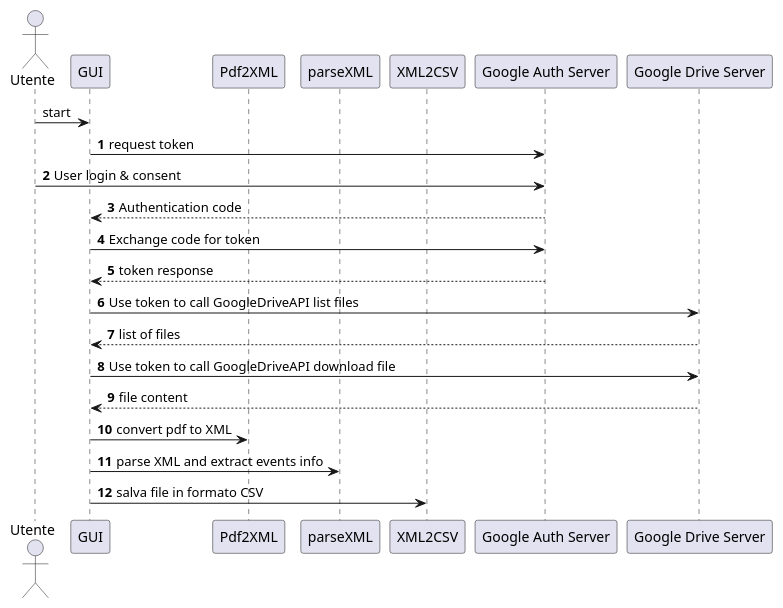
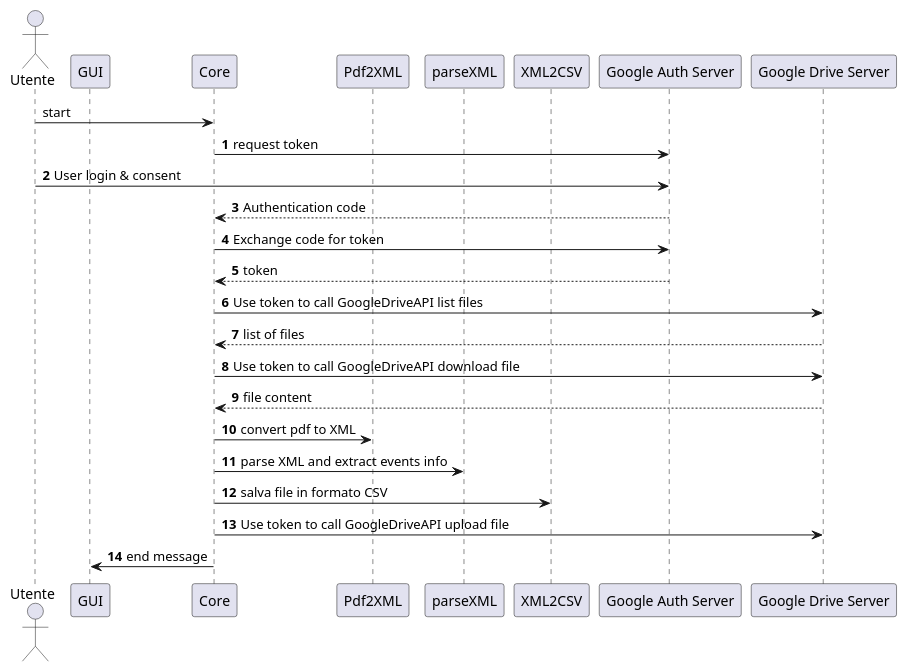
The diagram in NBGoogleDrive/src/nbgoogledrive/GoogleDrive.puml (giodabg/GoogleDriveDowload), drawn with PlantUML before and after one commit.

Commit message:
Aggiornato UML

```diff
--- a/NBGoogleDrive/src/nbgoogledrive/GoogleDrive.puml
+++ b/NBGoogleDrive/src/nbgoogledrive/GoogleDrive.puml
@@ -1,28 +1,30 @@
 @startuml
 ' https://developers.google.com/identity/protocols/OAuth2
 actor Utente
 participant GUI
+participant Core
 participant Pdf2XML
 participant parseXML
 participant XML2CSV
 participant "Google Auth Server" as GoogleAuth
 participant "Google Drive Server" as GoogleDrive
 
 
-Utente -> GUI: start
+Utente -> Core: start
 autonumber
-GUI -> GoogleAuth: request token
+Core -> GoogleAuth: request token
 Utente -> GoogleAuth: User login & consent
-GoogleAuth --> GUI: Authentication code
-GUI -> GoogleAuth: Exchange code for token
-GoogleAuth --> GUI: token response
-GUI -> GoogleDrive: Use token to call GoogleDriveAPI list files
-GoogleDrive --> GUI: list of files
-GUI -> GoogleDrive: Use token to call GoogleDriveAPI download file
-GoogleDrive --> GUI: file content
-GUI -> Pdf2XML: convert pdf to XML
-GUI -> parseXML: parse XML and extract events info
-GUI -> XML2CSV: salva file in formato CSV
-
+GoogleAuth --> Core: Authentication code
+Core -> GoogleAuth: Exchange code for token
+GoogleAuth --> Core: token
+Core -> GoogleDrive: Use token to call GoogleDriveAPI list files
+GoogleDrive --> Core: list of files
+Core -> GoogleDrive: Use token to call GoogleDriveAPI download file
+GoogleDrive --> Core: file content
+Core -> Pdf2XML: convert pdf to XML
+Core -> parseXML: parse XML and extract events info
+Core -> XML2CSV: salva file in formato CSV
+Core -> GoogleDrive: Use token to call GoogleDriveAPI upload file
+Core -> GUI: end message
 autonumber stop
 @enduml
```
